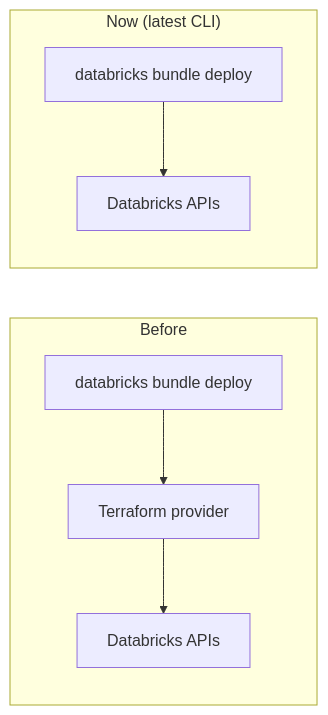
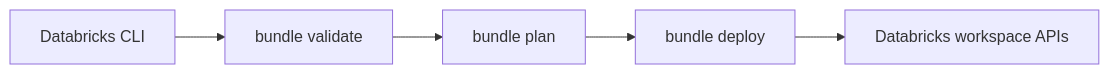
The second of 2 diagrams in docs/explanation/why-asset-bundles.md (MiguelElGallo/bricks-cli), drawn with Mermaid before and after one commit. The commit also changed other lines of this file and 67 other files, not shown here.

````diff
--- a/docs/explanation/why-asset-bundles.md
+++ b/docs/explanation/why-asset-bundles.md
@@ -32,9 +57,7 @@
 ```mermaid
 flowchart LR
-    subgraph then["Before"]
-        cli1["databricks bundle deploy"] --> tf["Terraform provider"] --> api1["Databricks APIs"]
-    end
-    subgraph now["Now (latest CLI)"]
-        cli2["databricks bundle deploy"] --> api2["Databricks APIs"]
-    end
+    cli["Databricks CLI"] --> validate["bundle validate"]
+    validate --> plan["bundle plan"]
+    plan --> deploy["bundle deploy"]
+    deploy --> api["Databricks workspace APIs"]
 ```
````
